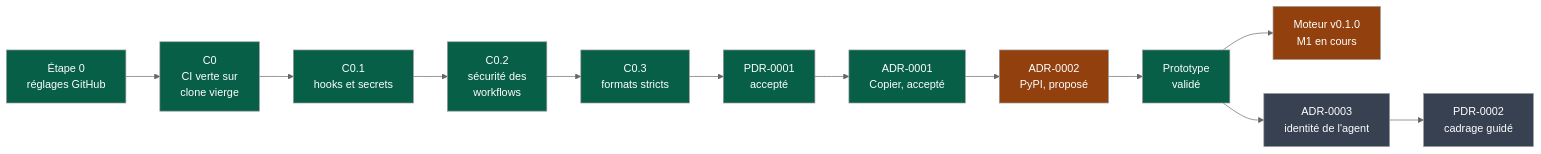
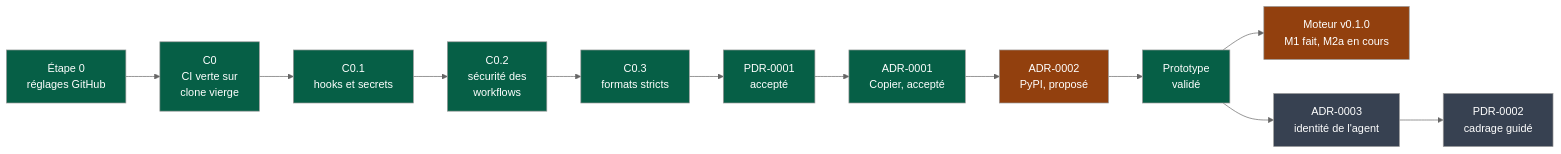
Before and after one commit to NapkinStack/engineering-os: the first of 2 diagrams in docs/governance/chantiers.md, drawn with Mermaid (neutral theme). The commit also changed other lines of this file and 68 other files, not shown here.

````diff
--- a/docs/governance/chantiers.md
+++ b/docs/governance/chantiers.md
@@ -10,19 +10,19 @@
 ```mermaid
 flowchart LR
     S0["Étape 0<br/>réglages GitHub"]:::fait --> C0["C0<br/>CI verte sur<br/>clone vierge"]:::fait
     C0 --> C01["C0.1<br/>hooks et secrets"]:::fait
     C01 --> C02["C0.2<br/>sécurité des<br/>workflows"]:::fait
     C02 --> C03["C0.3<br/>formats stricts"]:::fait
     C03 --> PDR["PDR-0001<br/>accepté"]:::fait
     PDR --> A1["ADR-0001<br/>Copier, accepté"]:::fait
     A1 --> A2["ADR-0002<br/>PyPI, proposé"]:::partiel
     A2 --> PT["Prototype<br/>validé"]:::fait
-    PT --> RP["Moteur v0.1.0<br/>M1 en cours"]:::partiel
+    PT --> RP["Moteur v0.1.0<br/>M1 fait, M2a en cours"]:::partiel
     PT --> A3["ADR-0003<br/>identité de l'agent"]:::afaire
     A3 --> P2["PDR-0002<br/>cadrage guidé"]:::afaire
 
     classDef fait fill:#065f46,color:#fff
     classDef partiel fill:#92400e,color:#fff
     classDef afaire fill:#374151,color:#fff
     classDef bloque fill:#7c2d12,color:#fff
 ```
````
